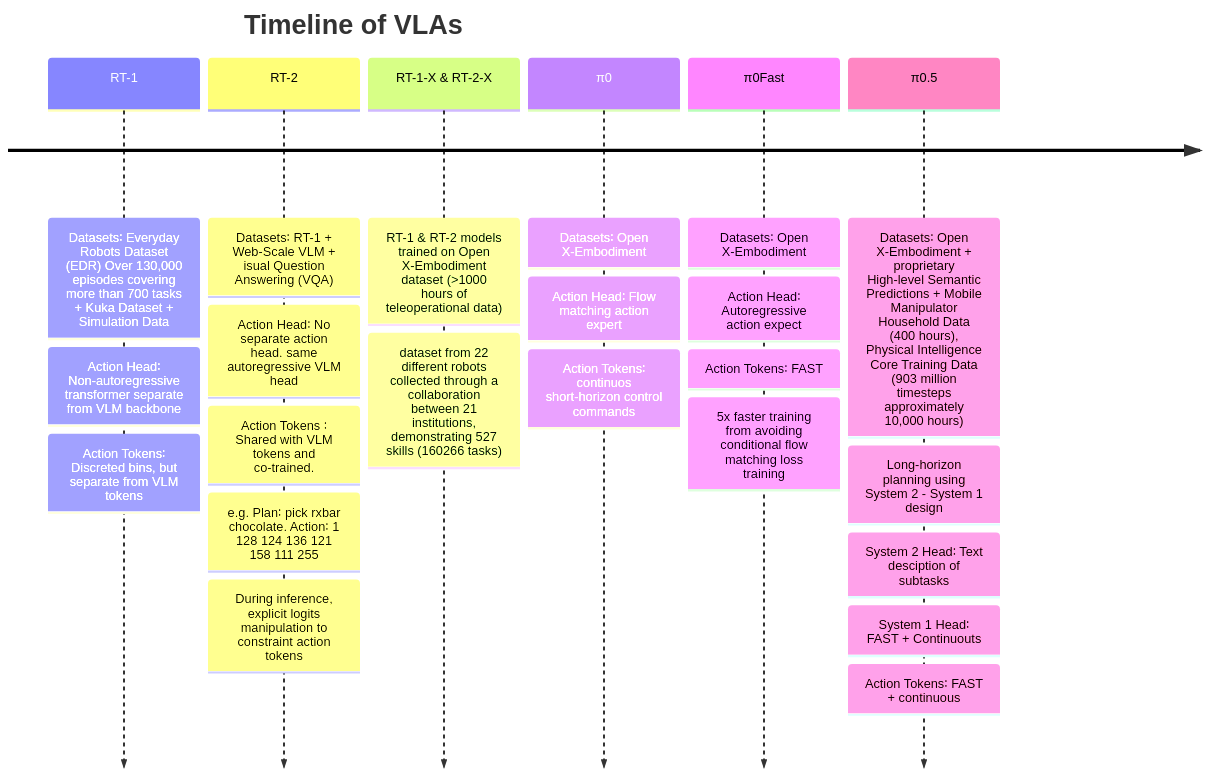
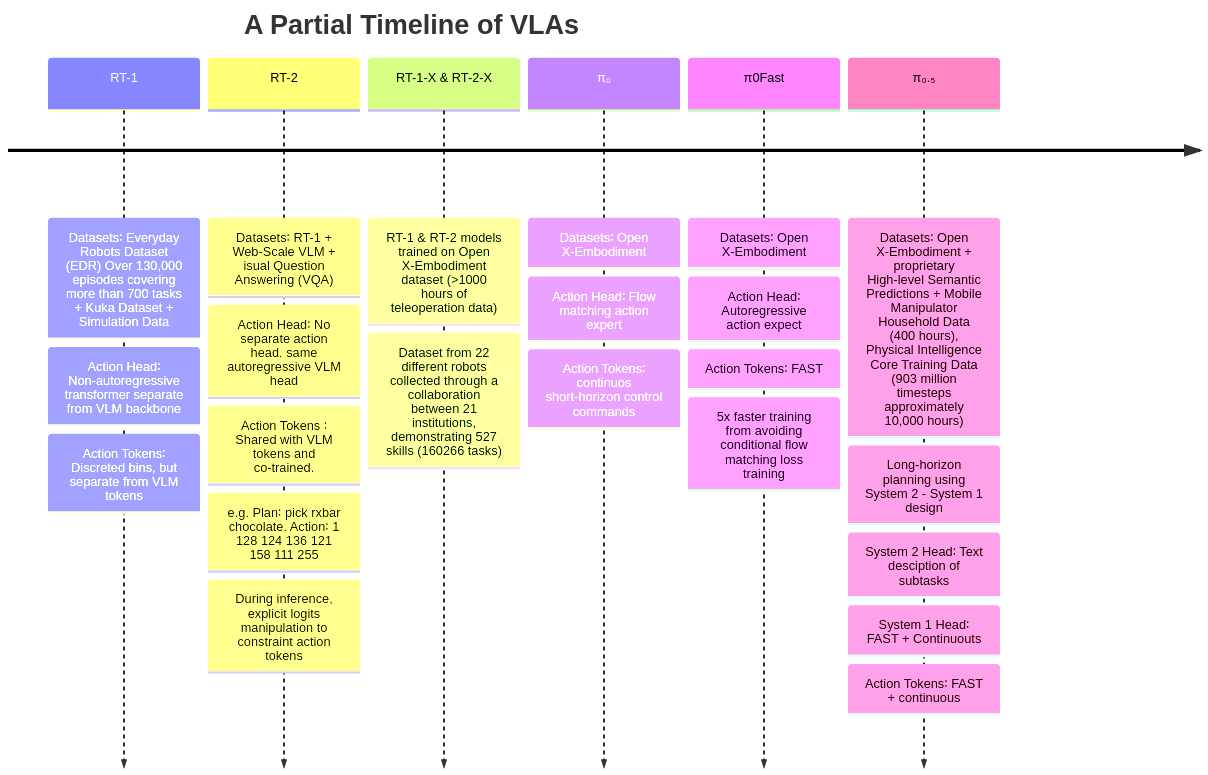
The diagram in _posts/2026-05-03-Pi-VLA.md (SelvamArul/SelvamArul.github.io), drawn with Mermaid before and after one commit. The commit also changed other lines of this file and 2 other files, not shown here.

````diff
--- a/_posts/2026-05-03-Pi-VLA.md
+++ b/_posts/2026-05-03-Pi-VLA.md
@@ -24,11 +24,11 @@
 ```mermaid
 timeline
-    title Timeline of VLAs
+    title A Partial Timeline of VLAs
         RT-1 : Datasets∶ Everyday Robots Dataset (EDR) Over 130,000 episodes covering more than 700 tasks + Kuka Dataset + Simulation Data : Action Head∶ Non-autoregressive transformer separate from VLM backbone : Action Tokens∶ Discreted bins, but separate from VLM tokens
         RT-2 : Datasets∶ RT-1 + Web-Scale VLM + isual Question Answering (VQA) : Action Head∶ No separate action head. same autoregressive VLM head : Action Tokens ∶ Shared with VLM tokens and co-trained. : e.g. Plan∶ pick rxbar chocolate. Action∶ 1 128 124 136 121 158 111 255 : During inference, explicit logits manipulation to constraint action tokens
-        RT-1-X & RT-2-X: RT-1 & RT-2 models trained on Open X-Embodiment dataset (>1000 hours of teleoperational data) : dataset from 22 different robots collected through a collaboration between 21 institutions, demonstrating 527 skills (160266 tasks)
-        π0: Datasets∶ Open X-Embodiment : Action Head∶  Flow matching action expert : Action Tokens∶ continuos short-horizon control commands
+        RT-1-X & RT-2-X: RT-1 & RT-2 models trained on Open X-Embodiment dataset (>1000 hours of teleoperation data) : Dataset from 22 different robots collected through a collaboration between 21 institutions, demonstrating 527 skills (160266 tasks)
+        π₀: Datasets∶ Open X-Embodiment : Action Head∶  Flow matching action expert : Action Tokens∶ continuos short-horizon control commands
         π0Fast: Datasets∶ Open X-Embodiment : Action Head∶ Autoregressive action expect : Action Tokens∶ FAST : 5x faster training from avoiding  conditional flow matching loss training
-        π0.5: Datasets∶ Open X-Embodiment + proprietary High-level Semantic Predictions + Mobile Manipulator Household Data (400 hours), Physical Intelligence Core Training Data (903 million timesteps approximately 10,000 hours) : Long-horizon planning using System 2 - System 1 design : System 2 Head∶ Text desciption of subtasks : System 1 Head∶ FAST + Continuouts : Action Tokens∶ FAST + continuous
+        π₀.₅: Datasets∶ Open X-Embodiment + proprietary High-level Semantic Predictions + Mobile Manipulator Household Data (400 hours), Physical Intelligence Core Training Data (903 million timesteps approximately 10,000 hours) : Long-horizon planning using System 2 - System 1 design : System 2 Head∶ Text desciption of subtasks : System 1 Head∶ FAST + Continuouts : Action Tokens∶ FAST + continuous
 
 ```
````
